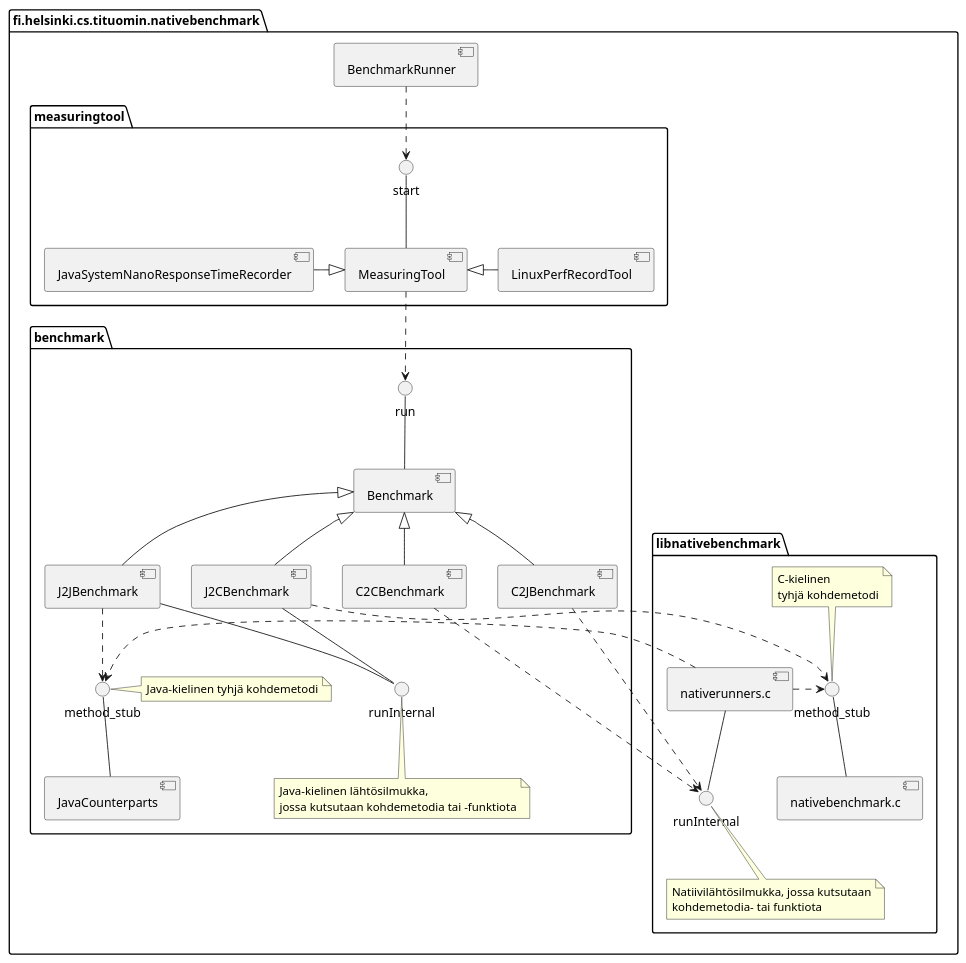
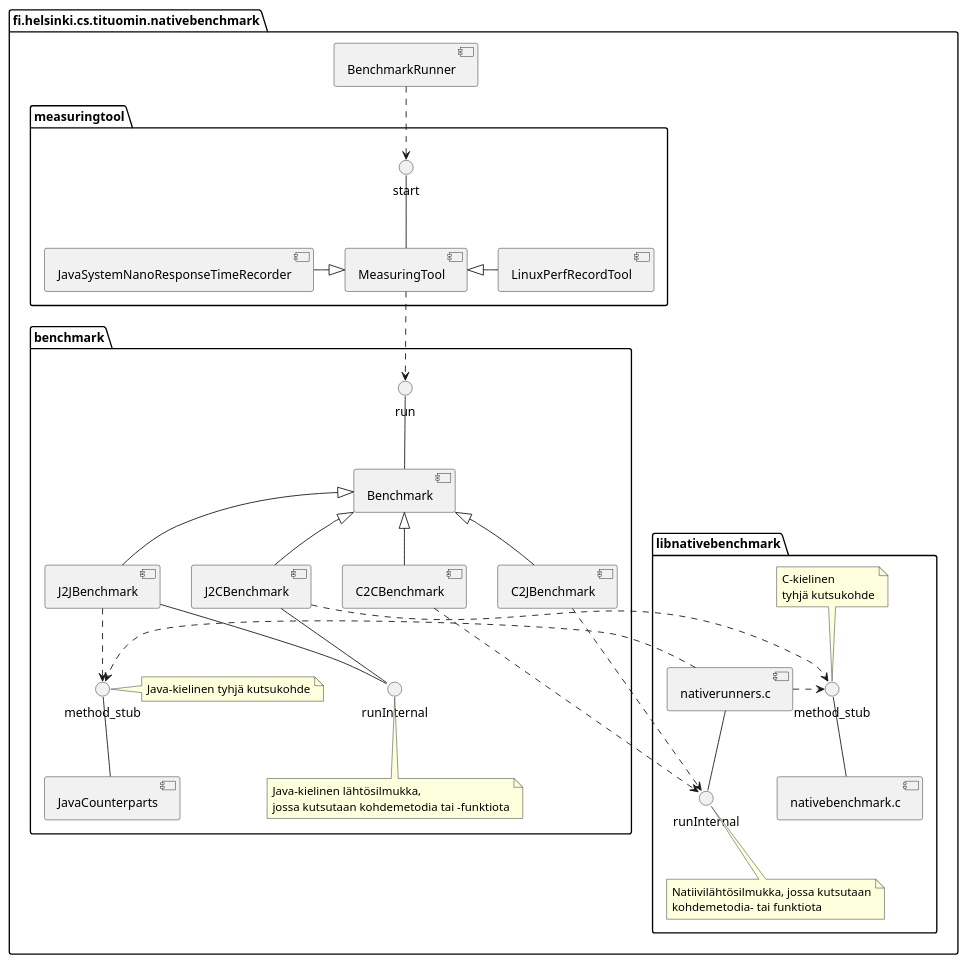
The diagram in paper/src/figures/architecture-nativebenchmark.puml (tituomin/gradu), drawn with PlantUML before and after one commit. The commit also changed 4 other files, not shown here.

Commit message:
Add some sequence diagrams.

```diff
--- a/paper/src/figures/architecture-nativebenchmark.puml
+++ b/paper/src/figures/architecture-nativebenchmark.puml
@@ -1,50 +1,50 @@
 package "fi.helsinki.cs.tituomin.nativebenchmark" {
   package "measuringtool" {
     () start -- [MeasuringTool]
     [JavaSystemNanoResponseTimeRecorder] -|> [MeasuringTool]
     [MeasuringTool] <|- [LinuxPerfRecordTool]
   }
 
   package "benchmark" {
     () run -- [Benchmark]
     () method_stub
     method_stub -- [JavaCounterparts]
     [J2JBenchmark]
     [J2CBenchmark]
     () runInternal as runInternalJava
     [J2JBenchmark] -- () runInternalJava
     [J2CBenchmark] -- () runInternalJava
     [C2CBenchmark]
     [C2JBenchmark]
 
     [Benchmark] <|-- [J2JBenchmark]
     [Benchmark] <|-- [J2CBenchmark]
     [Benchmark] <|-- [C2CBenchmark]
     [Benchmark] <|-- [C2JBenchmark]
 
     note bottom of runInternalJava : Java-kielinen lähtösilmukka,\njossa kutsutaan kohdemetodia tai -funktiota
-    note left of method_stub : Java-kielinen tyhjä kohdemetodi
+    note left of method_stub : Java-kielinen tyhjä kutsukohde
 
   }
 
   [BenchmarkRunner] ..> start
   [MeasuringTool] ..> run
 
   package "libnativebenchmark" {
     () runInternal
     () method_stub as nativemethod_stub
     [nativerunners.c] -- runInternal
     nativemethod_stub -- [nativebenchmark.c]
 
     note bottom of runInternal : Natiivilähtösilmukka, jossa kutsutaan\nkohdemetodia- tai funktiota
-    note top of nativemethod_stub : C-kielinen\ntyhjä kohdemetodi
+    note top of nativemethod_stub : C-kielinen\ntyhjä kutsukohde
 
   }
 }
 
 [C2CBenchmark] ..> runInternal
 [C2JBenchmark] ..> runInternal
 [J2CBenchmark] ..> nativemethod_stub
 [nativerunners.c] .> nativemethod_stub
 [nativerunners.c] .> method_stub
 [J2JBenchmark] ..> method_stub
```
